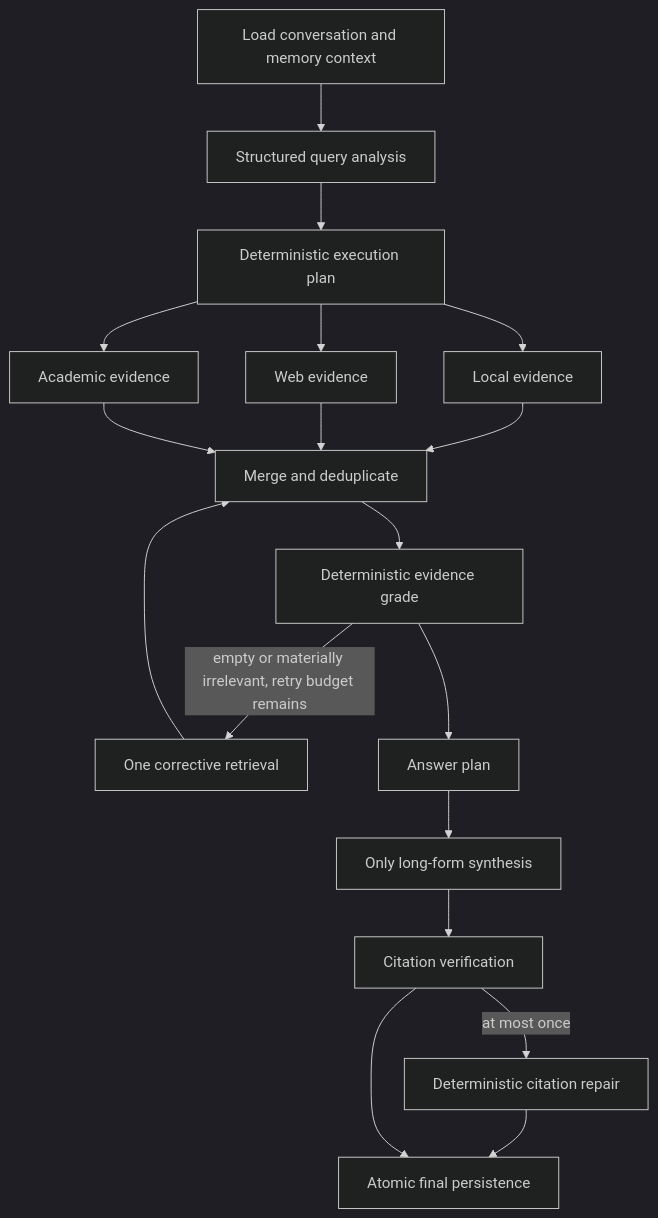
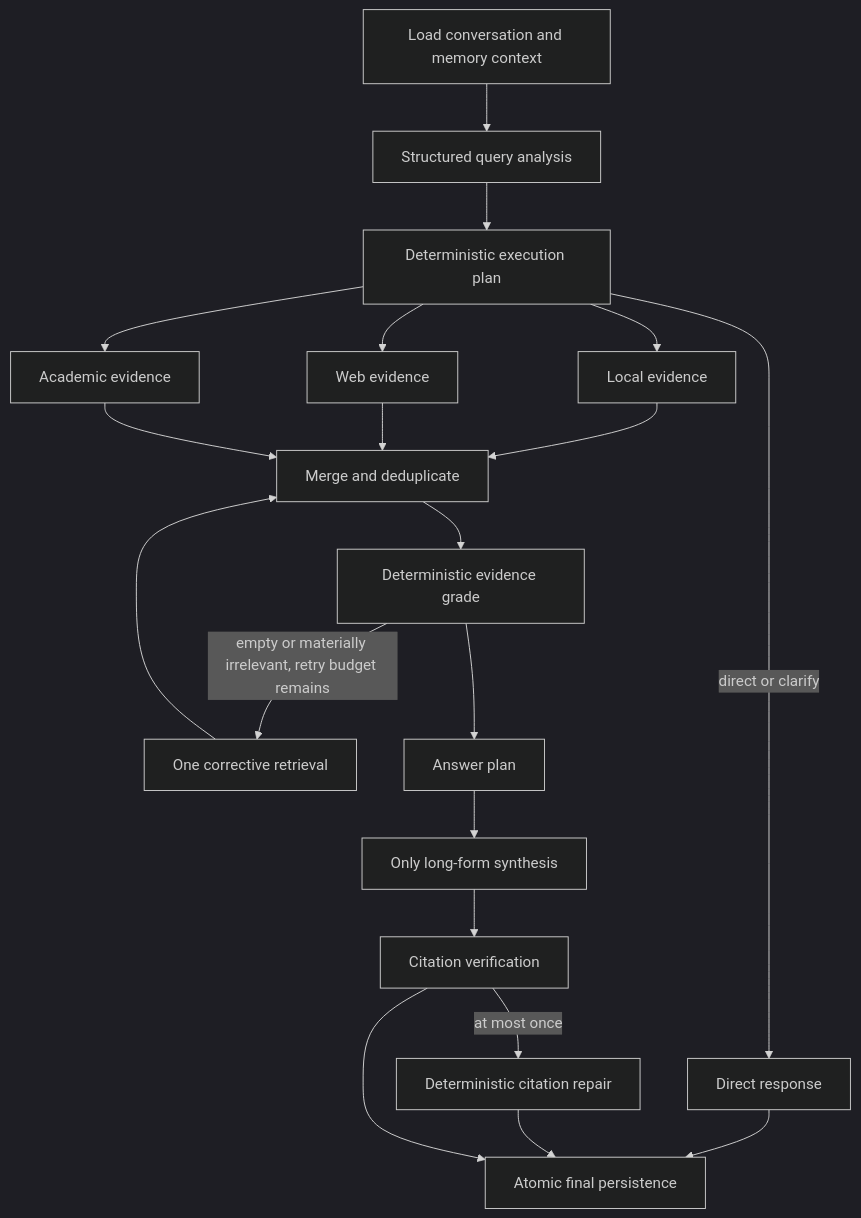
One commit to VanGogh-7/Personal_Learning_Agent changed the fourth of 4 diagrams in README.md. Above: the diagram before and after it, drawn with Mermaid (dark theme). The commit also changed other lines of this file and 20 other files, not shown here.

````diff
--- a/README.md
+++ b/README.md
@@ -392,20 +392,22 @@
 ```mermaid
 flowchart TD
     C[Load conversation and memory context] --> Q[Structured query analysis]
     Q --> P[Deterministic execution plan]
+    P -->|direct or clarify| D[Direct response]
+    D --> PERSIST[Atomic final persistence]
     P --> L[Local evidence]
     P --> W[Web evidence]
     P --> A[Academic evidence]
     L --> M[Merge and deduplicate]
     W --> M
     A --> M
     M --> G[Deterministic evidence grade]
     G -->|empty or materially irrelevant, retry budget remains| R[One corrective retrieval]
     R --> M
     G --> B[Answer plan]
     B --> S[Only long-form synthesis]
     S --> V[Citation verification]
     V -->|at most once| X[Deterministic citation repair]
-    X --> PERSIST[Atomic final persistence]
+    X --> PERSIST
     V --> PERSIST
 ```
````
